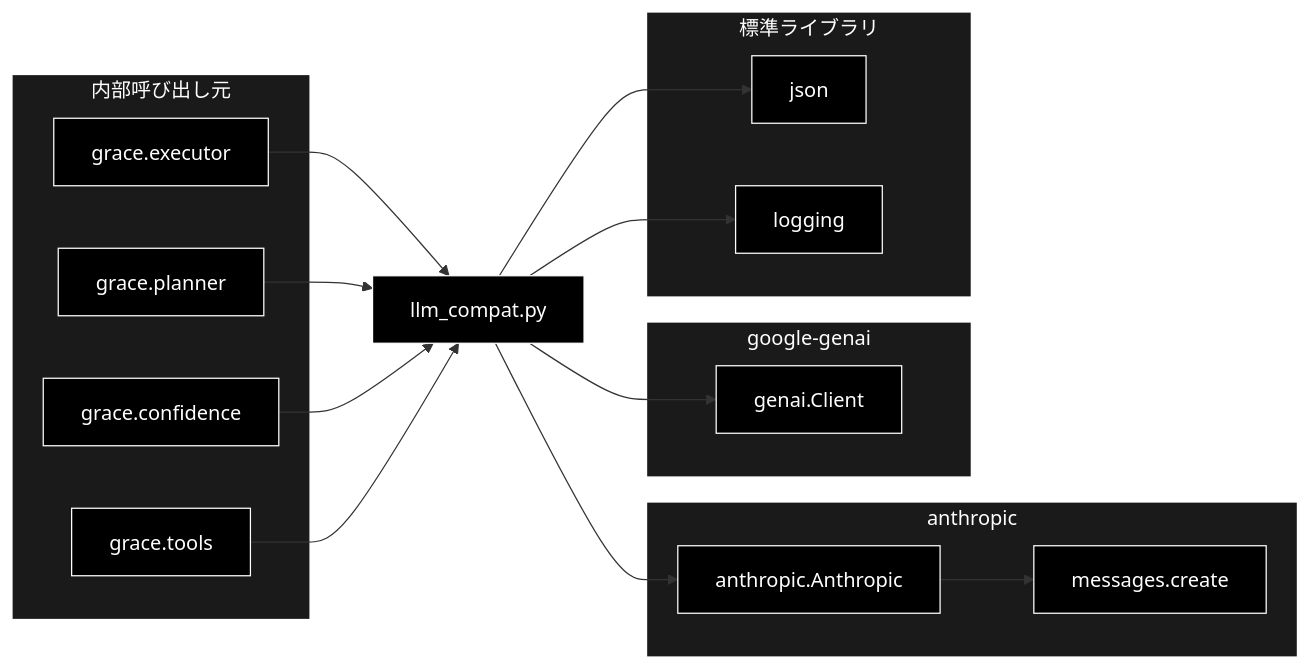
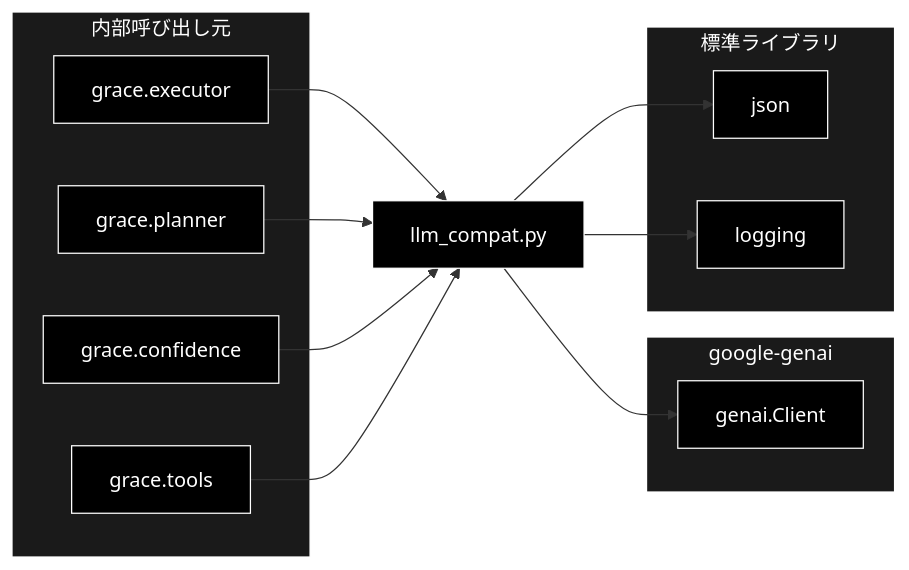
The third of 3 diagrams in grace/docs/llm_compat.md (nakashima2toshio/grace_v2_local), drawn with Mermaid before and after one commit. The commit also changed other lines of this file and 26 other files, not shown here.

````diff
--- a/grace/docs/llm_compat.md
+++ b/grace/docs/llm_compat.md
@@ -1036,42 +769,34 @@
 ```mermaid
 flowchart LR
     MODULE["llm_compat.py"]
-
-    subgraph ANTH["anthropic"]
-        ACL["anthropic.Anthropic"]
-        MSG["messages.create"]
-    end
 
     subgraph GOOGLE["google-genai"]
         GCL["genai.Client"]
     end
 
     subgraph STDLIB["標準ライブラリ"]
         JSONLIB["json"]
         LOGLIB["logging"]
     end
 
     subgraph INTERNAL["内部呼び出し元"]
         EXE["grace.executor"]
         PLN["grace.planner"]
         CONF["grace.confidence"]
         TLS["grace.tools"]
     end
 
-    MODULE --> ACL
-    ACL --> MSG
     MODULE --> GCL
     MODULE --> JSONLIB
     MODULE --> LOGLIB
     EXE --> MODULE
     PLN --> MODULE
     CONF --> MODULE
     TLS --> MODULE
 classDef default fill:#000,stroke:#fff,color:#fff
 classDef subgraphStyle fill:#1a1a1a,stroke:#fff,color:#fff
-class MODULE,ACL,MSG,GCL,JSONLIB,LOGLIB,EXE,PLN,CONF,TLS default
-style ANTH fill:#1a1a1a,stroke:#fff,color:#fff
+class MODULE,GCL,JSONLIB,LOGLIB,EXE,PLN,CONF,TLS default
 style GOOGLE fill:#1a1a1a,stroke:#fff,color:#fff
 style STDLIB fill:#1a1a1a,stroke:#fff,color:#fff
 style INTERNAL fill:#1a1a1a,stroke:#fff,color:#fff
 ```
````
